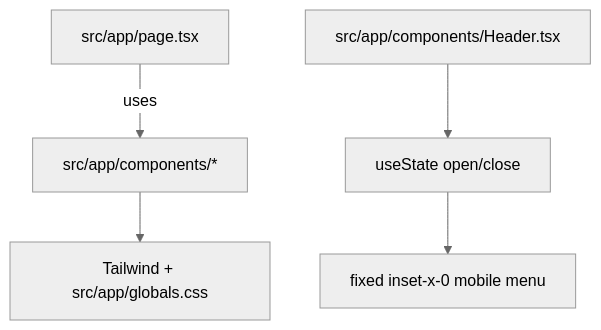
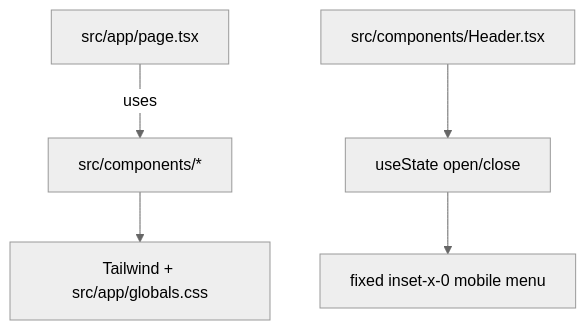
One commit to ipavic933-spec/website-pavic changed the diagram in lode/practices.md. Above: the diagram before and after it, drawn with Mermaid (neutral theme). The commit also changed other lines of this file and 10 other files, not shown here.

````diff
--- a/lode/practices.md
+++ b/lode/practices.md
@@ -11,7 +11,7 @@
 ```mermaid
 flowchart TD
-  Page["src/app/page.tsx"] -->|uses| Components["src/app/components/*"]
+  Page["src/app/page.tsx"] -->|uses| Components["src/components/*"]
   Components --> Styles["Tailwind + src/app/globals.css"]
-  Header["src/app/components/Header.tsx"] --> Toggle["useState open/close"]
+  Header["src/components/Header.tsx"] --> Toggle["useState open/close"]
   Toggle --> OverlayNav["fixed inset-x-0 mobile menu"]
 ```
````
